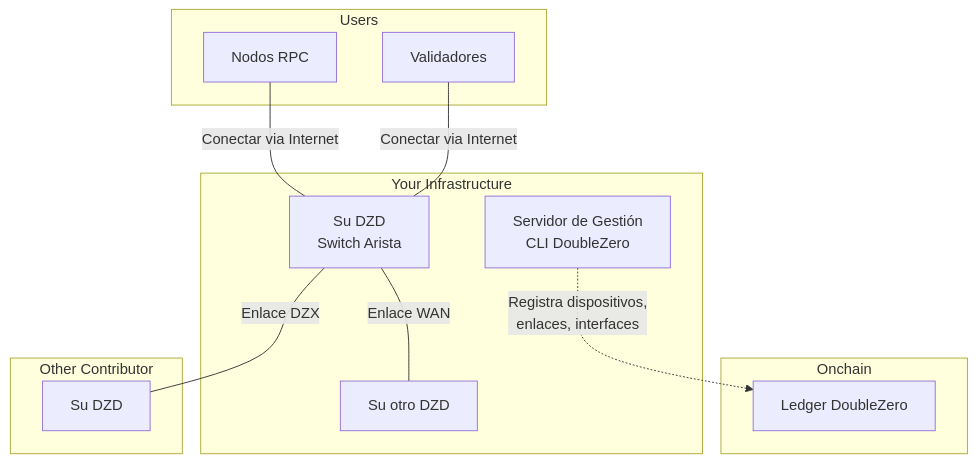
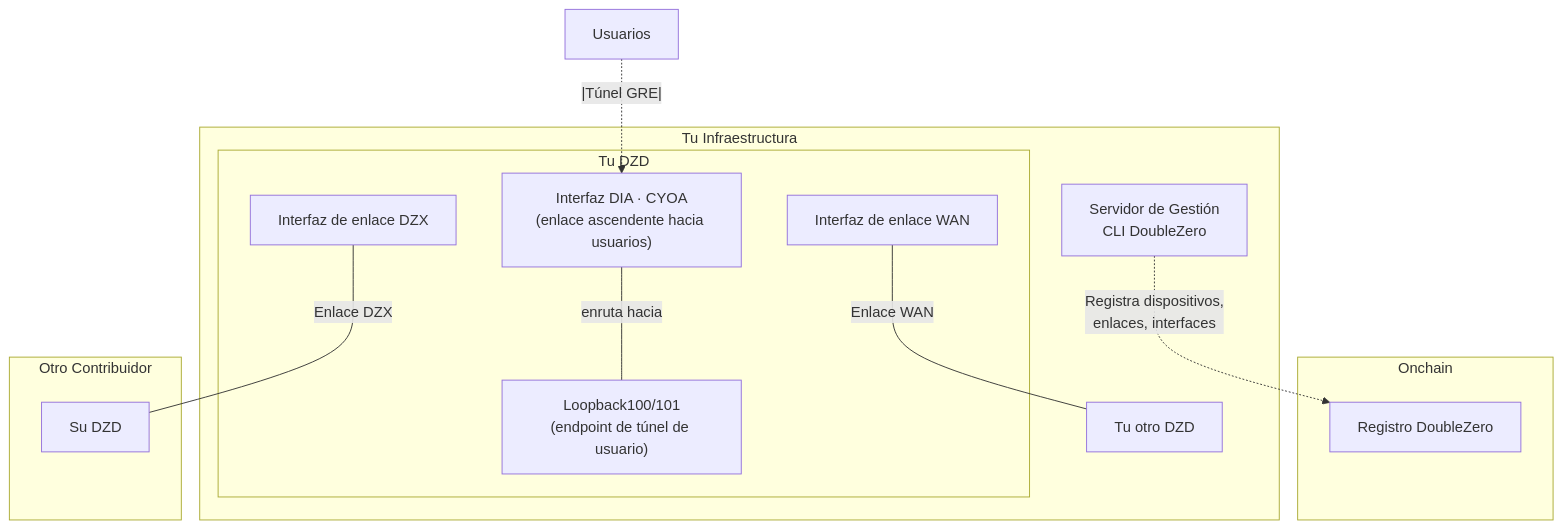
Before and after one commit to malbeclabs/docs: the first of 9 diagrams in docs/contribute-provisioning.es.md, drawn with Mermaid. The commit also changed other lines of this file and 34 other files, not shown here.

````diff
--- a/docs/contribute-provisioning.es.md
+++ b/docs/contribute-provisioning.es.md
@@ -13,26 +50,29 @@
 ```mermaid
 flowchart TB
     subgraph Onchain
-        SC[Ledger DoubleZero]
+        SC[Registro DoubleZero]
     end
 
-    subgraph Your Infrastructure
+    subgraph Tu Infraestructura
         MGMT[Servidor de Gestión<br/>CLI DoubleZero]
-        DZD[Su DZD<br/>Switch Arista]
-        DZD ---|Enlace WAN| DZD2[Su otro DZD]
+        subgraph DZD[Tu DZD]
+            CYOA["Interfaz DIA · CYOA<br/>(enlace ascendente hacia usuarios)"]
+            WAN_INTF["Interfaz de enlace WAN"]
+            DZX_INTF["Interfaz de enlace DZX"]
+            LO100["Loopback100/101<br/>(endpoint de túnel de usuario)"]
+        end
+        DZD2[Tu otro DZD]
     end
 
-    subgraph Other Contributor
+    subgraph Otro Contribuidor
         OtherDZD[Su DZD]
     end
 
-    subgraph Users
-        VAL[Validadores]
-        RPC[Nodos RPC]
-    end
+    USERS["Usuarios"]
 
     MGMT -.->|Registra dispositivos,<br/>enlaces, interfaces| SC
-    DZD ---|Enlace DZX| OtherDZD
-    VAL ---|Conectar via Internet| DZD
-    RPC ---|Conectar via Internet| DZD
+    WAN_INTF ---|Enlace WAN| DZD2
+    DZX_INTF ---|Enlace DZX| OtherDZD
+    USERS -.|Túnel GRE|.-> CYOA
+    CYOA ---|enruta hacia| LO100
 ```
````
